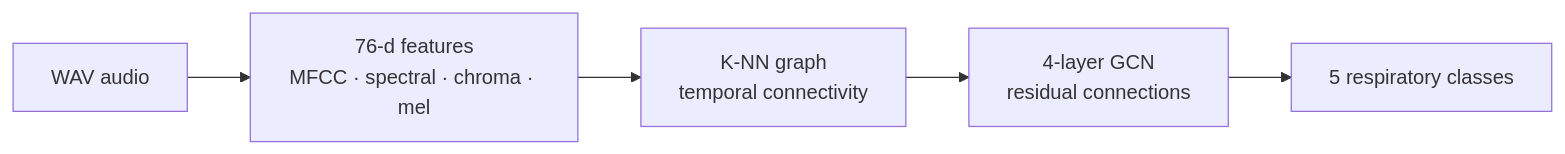
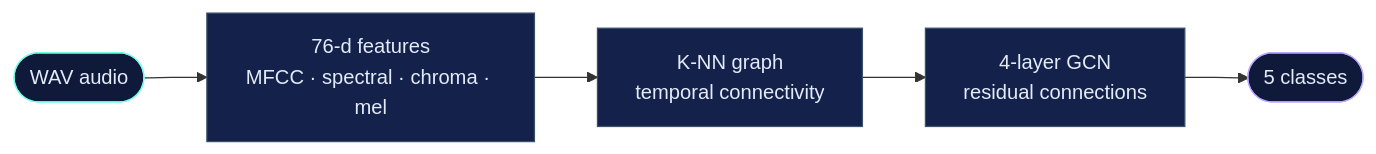
One commit to Shashank2006offl/Shashank2006offl changed the first of 4 diagrams in README.md. Above: the diagram before and after it, drawn with Mermaid. The commit also changed other lines of this file, not shown here.

````diff
--- a/README.md
+++ b/README.md
@@ -39,7 +43,12 @@
 ```mermaid
 flowchart LR
-    A[WAV audio] --> B[76-d features<br/>MFCC · spectral · chroma · mel]
+    A([WAV audio]) --> B[76-d features<br/>MFCC · spectral · chroma · mel]
     B --> C[K-NN graph<br/>temporal connectivity]
     C --> D[4-layer GCN<br/>residual connections]
-    D --> E[5 respiratory classes]
+    D --> E([5 classes])
+    style A fill:#0f1a3a,stroke:#6FFFE9,color:#e3ebf8
+    style E fill:#0f1a3a,stroke:#b9a7ff,color:#e3ebf8
+    style B fill:#14214a,stroke:#3a506b,color:#e3ebf8
+    style C fill:#14214a,stroke:#3a506b,color:#e3ebf8
+    style D fill:#14214a,stroke:#3a506b,color:#e3ebf8
 ```
````
